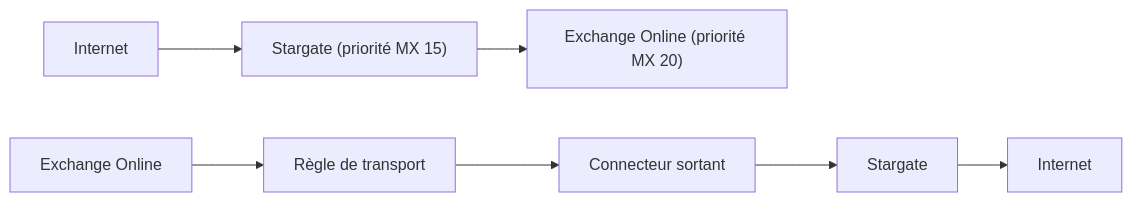
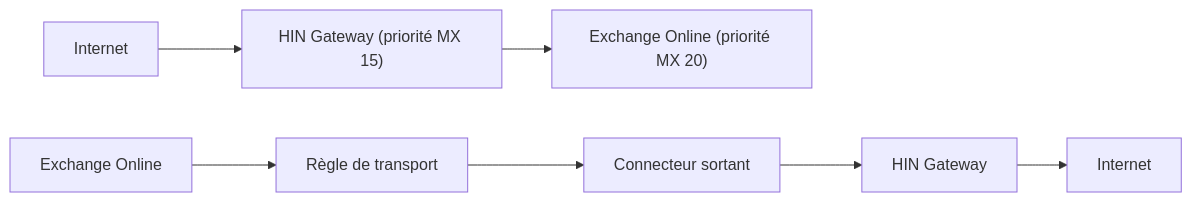
One commit to Health-Info-Net-AG/Stargate-deployment changed the second of 2 diagrams in docs/fr/Exchange-integration.md. Above: the diagram before and after it, drawn with Mermaid. The commit also changed other lines of this file and 3 other files, not shown here.

````diff
--- a/docs/fr/Exchange-integration.md
+++ b/docs/fr/Exchange-integration.md
@@ -36,13 +36,13 @@
 ```mermaid
 flowchart LR
     I1 --> mx15 --> mx20
-    EO --> TR --> OC --> Stargate --> I2
+    EO --> TR --> OC --> HG --> I2
     I1["Internet"]
     I2["Internet"]
-    mx15["Stargate (priorité MX 15)"]
+    mx15["HIN Gateway (priorité MX 15)"]
     mx20["Exchange Online (priorité MX 20)"]
     EO["Exchange Online"]
     TR["Règle de transport"]
     OC["Connecteur sortant"]
-    Stargate
+    HG["HIN Gateway"]
 ```
````
